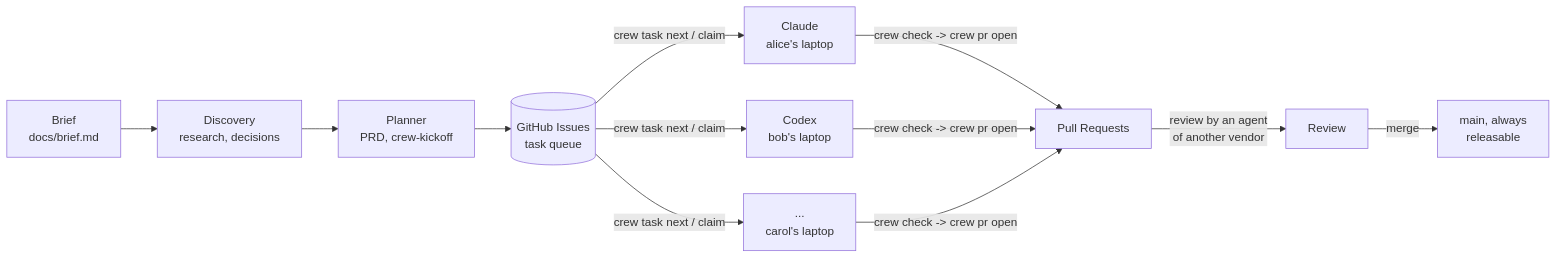
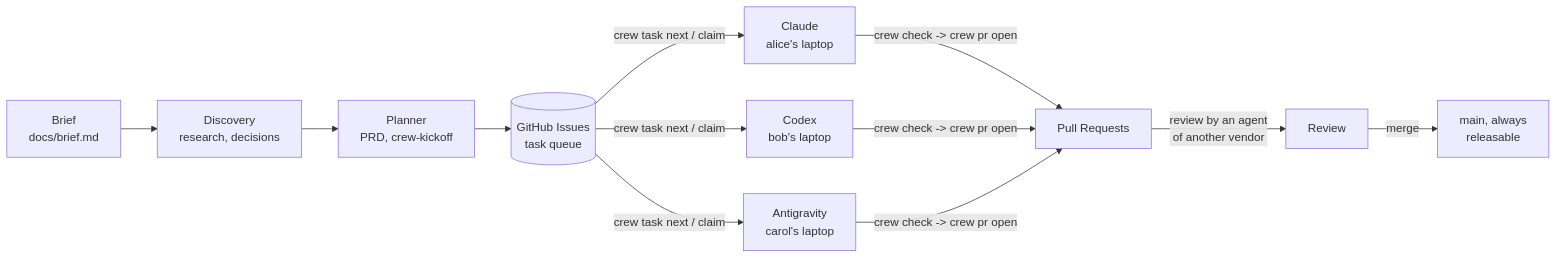
Before and after one commit to GredesCerber/agent-crew: the diagram in README.md, drawn with Mermaid. The commit also changed other lines of this file and 1 other file, not shown here.

Commit message:
docs: README up to date for 0.12 (Antigravity, protection on free plans, roadmap)

````diff
--- a/README.md
+++ b/README.md
@@ -37,12 +37,12 @@
 ```mermaid
 flowchart LR
     B[Brief<br/>docs/brief.md] --> D[Discovery<br/>research, decisions]
     D --> P[Planner<br/>PRD, crew-kickoff]
     P --> Q[(GitHub Issues<br/>task queue)]
     Q -->|crew task next / claim| W1[Claude<br/>alice's laptop]
     Q -->|crew task next / claim| W2[Codex<br/>bob's laptop]
-    Q -->|crew task next / claim| W3[...<br/>carol's laptop]
+    Q -->|crew task next / claim| W3[Antigravity<br/>carol's laptop]
     W1 & W2 & W3 -->|crew check -> crew pr open| PR[Pull Requests]
     PR -->|review by an agent<br/>of another vendor| R[Review]
     R -->|merge| M[main, always<br/>releasable]
 ```
````
